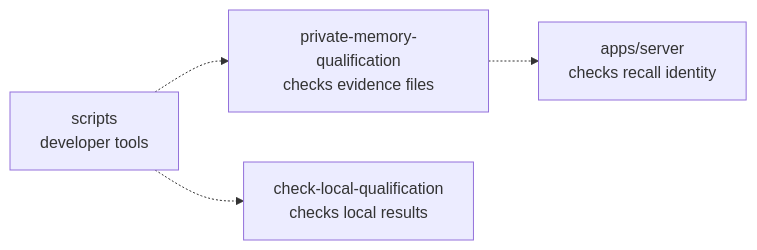
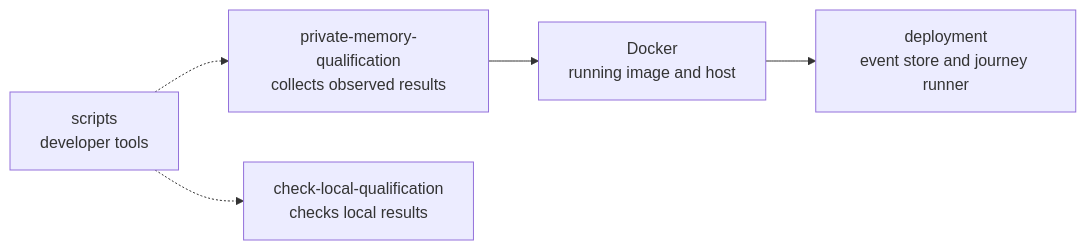
One commit to elewa-git/opencrane-new changed the diagram in scripts/private-memory-qualification/README.md. Above: the diagram before and after it, drawn with Mermaid. The commit also changed other lines of this file and 8 other files, not shown here.

Commit message:
🧠 Collect private memory checks from the measured deployment

````diff
--- a/scripts/private-memory-qualification/README.md
+++ b/scripts/private-memory-qualification/README.md
@@ -14,6 +15,7 @@
 ```mermaid
 flowchart LR
-  scripts["scripts<br/>developer tools"] -.-> collector["private-memory-qualification<br/>checks evidence files"]
+  scripts["scripts<br/>developer tools"] -.-> collector["private-memory-qualification<br/>collects observed results"]
   scripts -.-> sibling["check-local-qualification<br/>checks local results"]
-  collector -.-> server["apps/server<br/>checks recall identity"]
+  collector --> docker["Docker<br/>running image and host"]
+  docker --> deployment["deployment<br/>event store and journey runner"]
 ```
````
